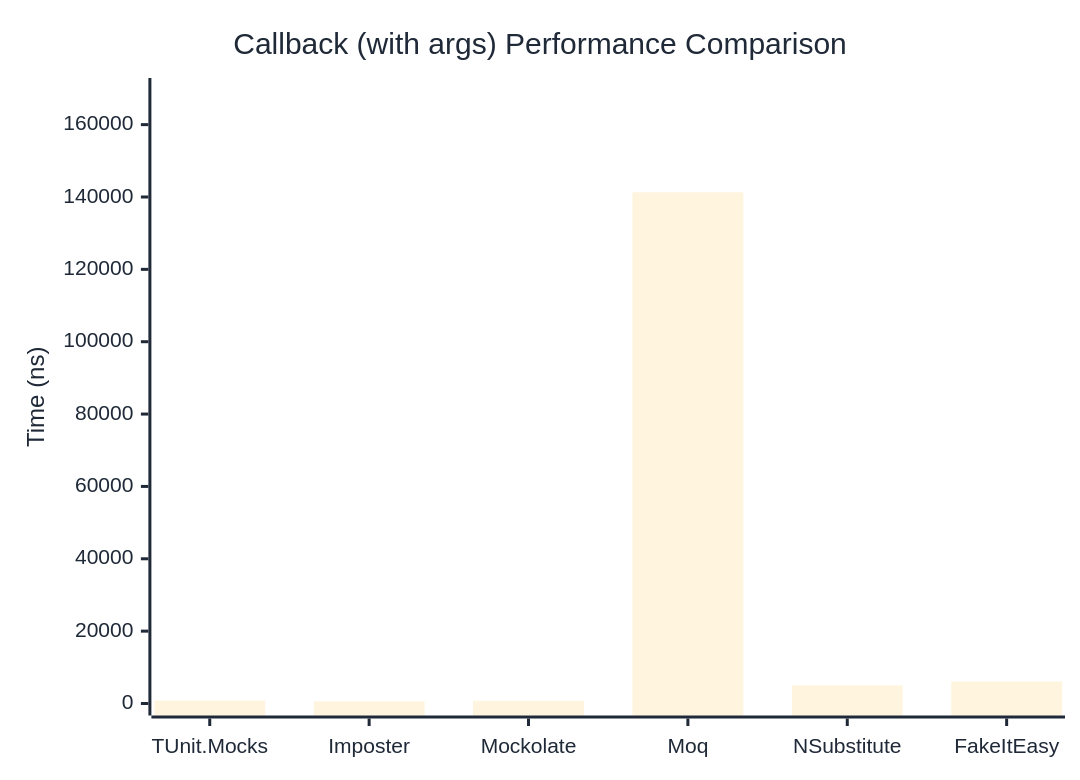
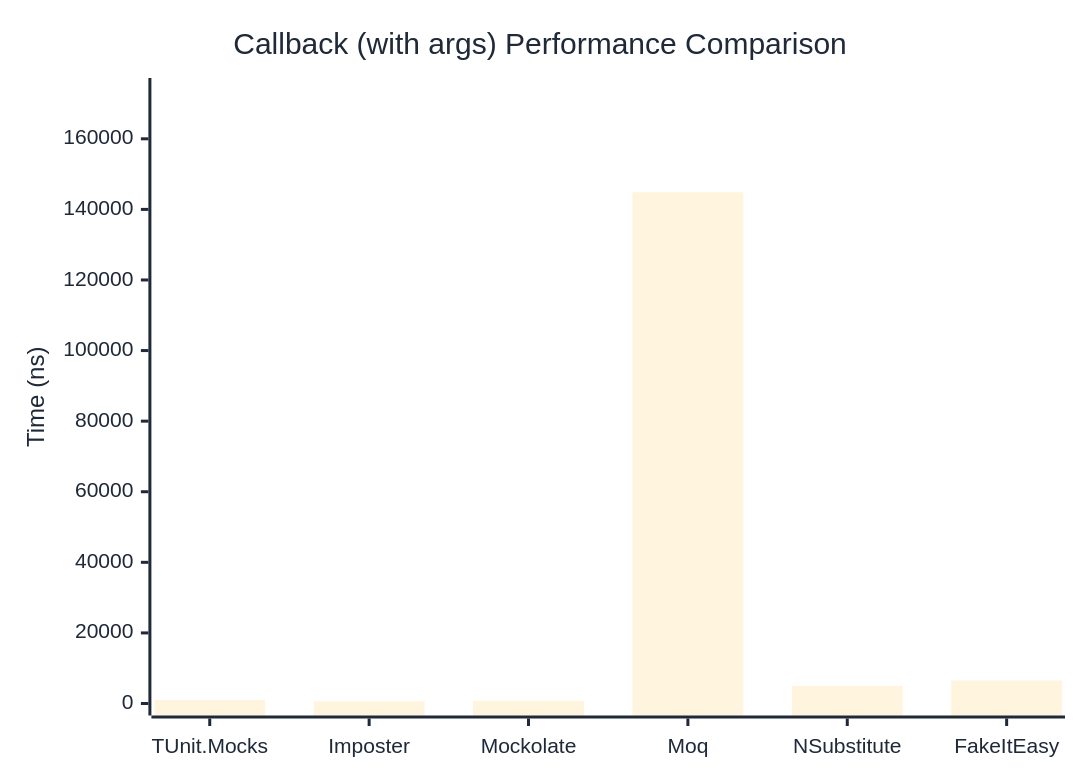
One commit to thomhurst/TUnit changed the second of 2 diagrams in docs/docs/benchmarks/mocks/Callback.md. Above: the diagram before and after it, drawn with Mermaid. The commit also changed other lines of this file and 14 other files, not shown here.

````diff
--- a/docs/docs/benchmarks/mocks/Callback.md
+++ b/docs/docs/benchmarks/mocks/Callback.md
@@ -69,27 +69,27 @@
 ```mermaid
 %%{init: {
   'theme':'base',
   'themeVariables': {
     'primaryColor': '#2563eb',
     'primaryTextColor': '#1f2937',
     'primaryBorderColor': '#1e40af',
     'lineColor': '#6b7280',
     'secondaryColor': '#7c3aed',
     'tertiaryColor': '#dc2626',
     'background': '#ffffff',
     'pie1': '#2563eb',
     'pie2': '#7c3aed',
     'pie3': '#dc2626',
     'pie4': '#f59e0b',
     'pie5': '#10b981',
     'pie6': '#06b6d4',
     'pie7': '#ec4899',
     'pie8': '#6366f1'
   }
 }}%%
 xychart-beta
   title "Callback (with args) Performance Comparison"
   x-axis ["TUnit.Mocks", "Imposter", "Mockolate", "Moq", "NSubstitute", "FakeItEasy"]
-  y-axis "Time (ns)" 0 --> 169573
-  bar [823.3, 566.2, 746, 141310.7, 4988.9, 6072.2]
+  y-axis "Time (ns)" 0 --> 173828
+  bar [985.1, 654.4, 769.4, 144856.5, 4999.9, 6497.6]
 ```
````
